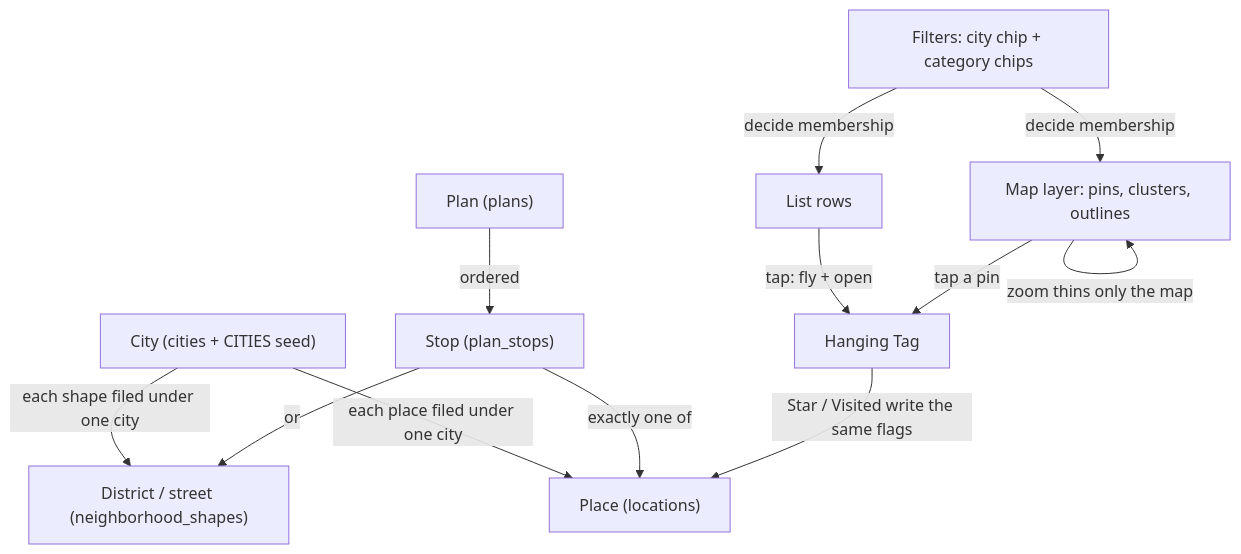
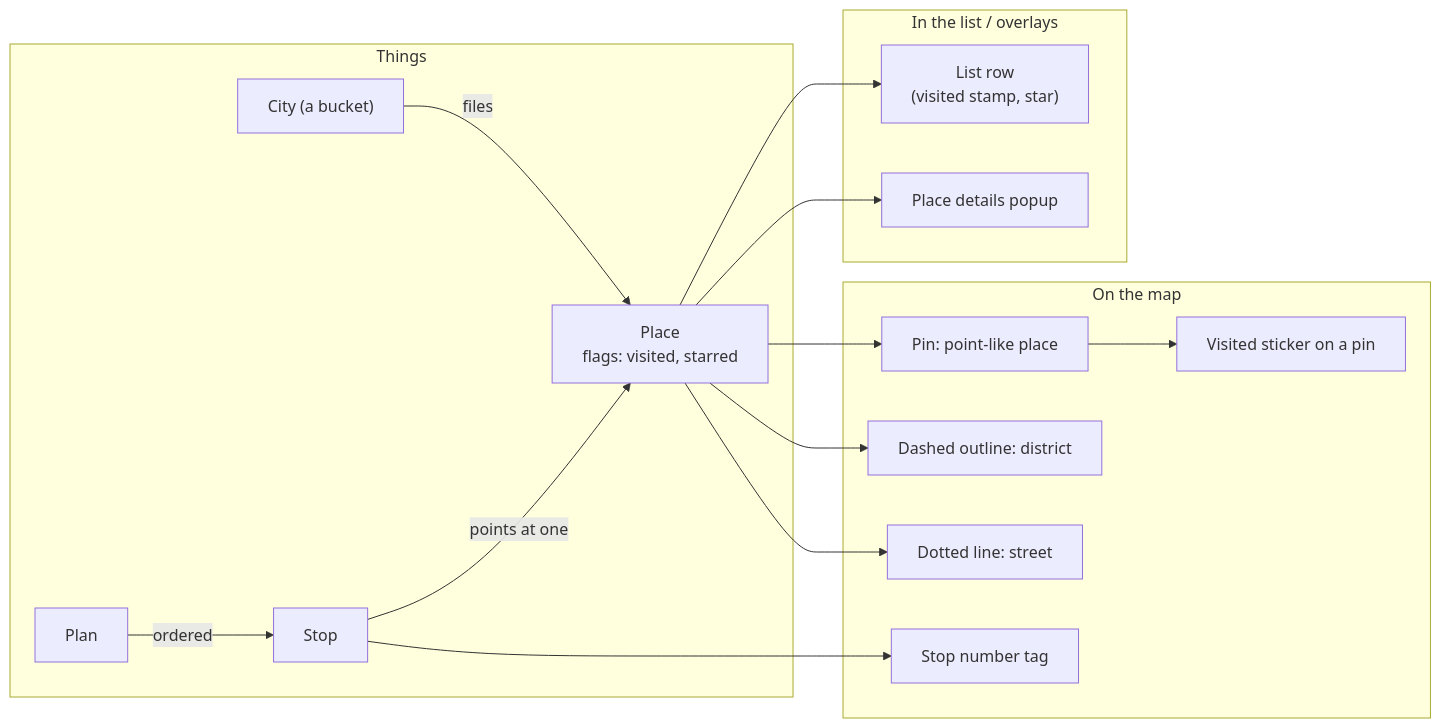
The first of 10 diagrams in docs/architecture.md (adamtrabold/triplet), drawn with Mermaid before and after one commit. The commit also changed other lines of this file and 1 other file, not shown here.

First line of the commit message:
docs: architecture.md rebuilt around diagrams; backlog adds edit-a-place and first-open-on-location

````diff
--- a/docs/architecture.md
+++ b/docs/architecture.md
@@ -63,23 +28,30 @@
 ```mermaid
-flowchart TD
-  City["City (cities + CITIES seed)"]
-  Place["Place (locations)"]
-  Shape["District / street (neighborhood_shapes)"]
-  Plan["Plan (plans)"]
-  Stop["Stop (plan_stops)"]
-  Filters["Filters: city chip + category chips"]
-  List["List rows"]
-  Map["Map layer: pins, clusters, outlines"]
-  Tag["Hanging Tag"]
-  City -->|"each place filed under one city"| Place
-  City -->|"each shape filed under one city"| Shape
+flowchart LR
+  subgraph Things
+    City["City (a bucket)"]
+    Place["Place<br/>flags: visited, starred"]
+    Plan["Plan"]
+    Stop["Stop"]
+  end
+  subgraph "On the map"
+    Pin["Pin: point-like place"]
+    Outline["Dashed outline: district"]
+    Line["Dotted line: street"]
+    Sticker["Visited sticker on a pin"]
+    Num["Stop number tag"]
+  end
+  subgraph "In the list / overlays"
+    Row["List row<br/>(visited stamp, star)"]
+    Details["Place details popup"]
+  end
+  City -->|"files"| Place
   Plan -->|"ordered"| Stop
-  Stop -->|"exactly one of"| Place
-  Stop -->|"or"| Shape
-  Filters -->|"decide membership"| List
-  Filters -->|"decide membership"| Map
-  Map -->|"zoom thins only the map"| Map
-  List -->|"tap: fly + open"| Tag
-  Map -->|"tap a pin"| Tag
-  Tag -->|"Star / Visited write the same flags"| Place
+  Stop -->|"points at one"| Place
+  Place --> Pin
+  Place --> Outline
+  Place --> Line
+  Place --> Row
+  Place --> Details
+  Pin --> Sticker
+  Stop --> Num
 ```
````
